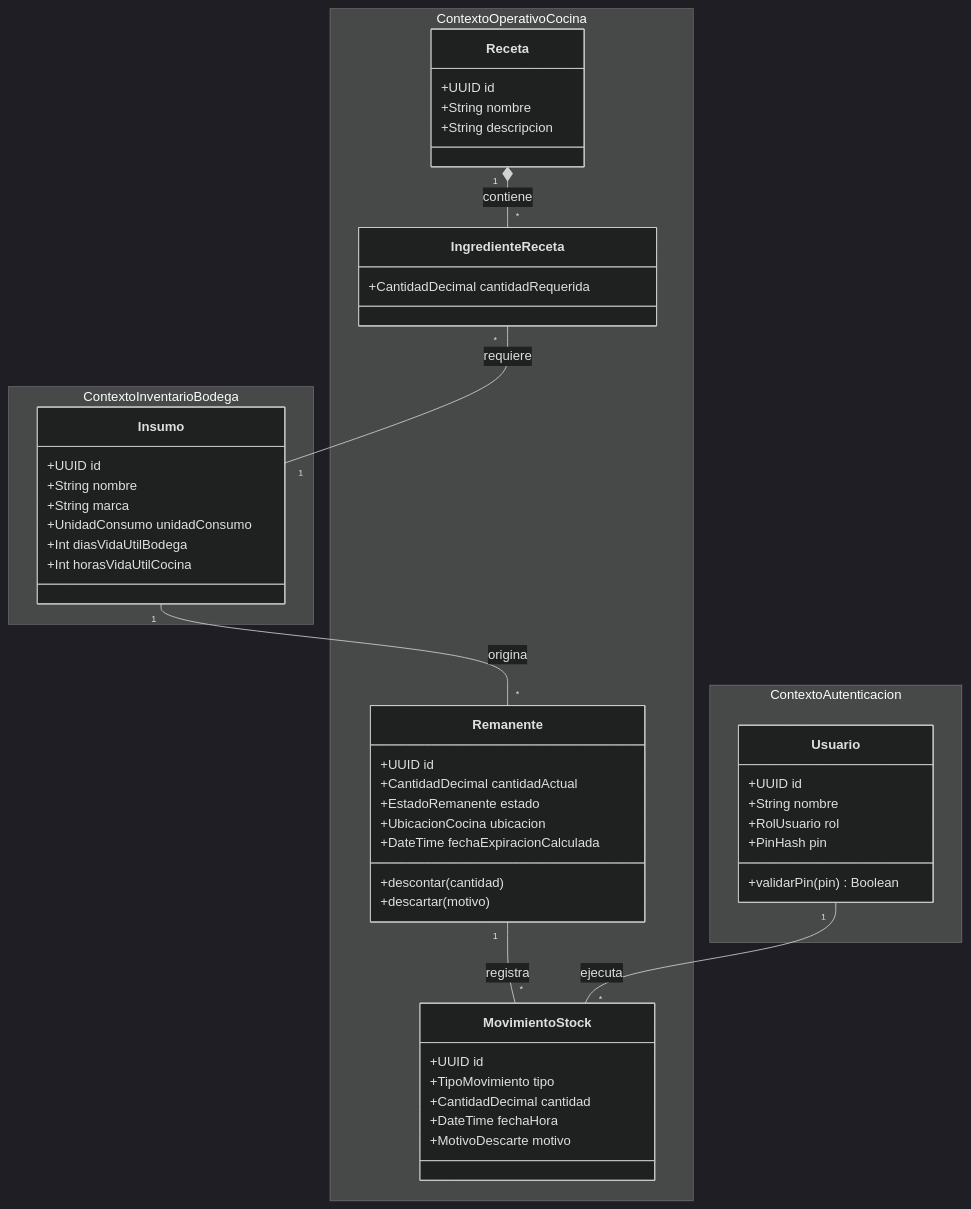
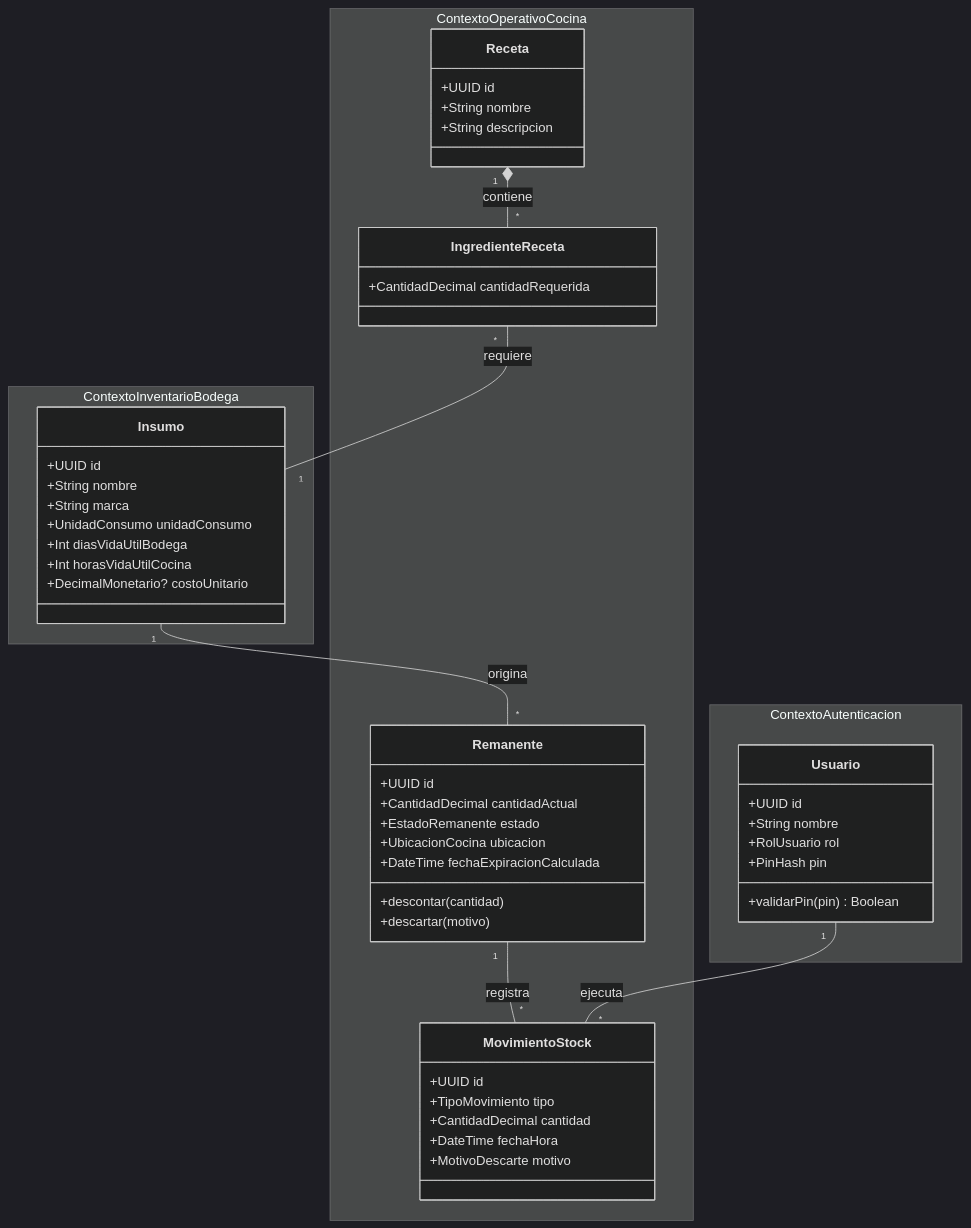
The first of 2 diagrams in docs/02_architecture_design/03_domain_model.md (LIDR-academy/AI4Devs-finalproject), drawn with Mermaid (dark theme) before and after one commit. The commit also changed 18 other files, not shown here.

````diff
--- a/docs/02_architecture_design/03_domain_model.md
+++ b/docs/02_architecture_design/03_domain_model.md
@@ -19,59 +19,60 @@
 ```mermaid
 classDiagram
     namespace ContextoAutenticacion {
         class Usuario {
             +UUID id
             +String nombre
             +RolUsuario rol
             +PinHash pin
             +validarPin(pin) Boolean
         }
     }
 
     namespace ContextoInventarioBodega {
         class Insumo {
             +UUID id
             +String nombre
             +String marca
             +UnidadConsumo unidadConsumo
             +Int diasVidaUtilBodega
             +Int horasVidaUtilCocina
+            +DecimalMonetario? costoUnitario
         }
     }
 
     namespace ContextoOperativoCocina {
         class Remanente {
             +UUID id
             +CantidadDecimal cantidadActual
             +EstadoRemanente estado
             +UbicacionCocina ubicacion
             +DateTime fechaExpiracionCalculada
             +descontar(cantidad)
             +descartar(motivo)
         }
 
         class Receta {
             +UUID id
             +String nombre
             +String descripcion
         }
 
         class IngredienteReceta {
             +CantidadDecimal cantidadRequerida
         }
 
         class MovimientoStock {
             +UUID id
             +TipoMovimiento tipo
             +CantidadDecimal cantidad
             +DateTime fechaHora
             +MotivoDescarte motivo
         }
     }
 
     Insumo "1" -- "*" Remanente : origina
     Receta "1" *-- "*" IngredienteReceta : contiene
     IngredienteReceta "*" -- "1" Insumo : requiere
     Remanente "1" -- "*" MovimientoStock : registra
     Usuario "1" -- "*" MovimientoStock : ejecuta
 ```
````
